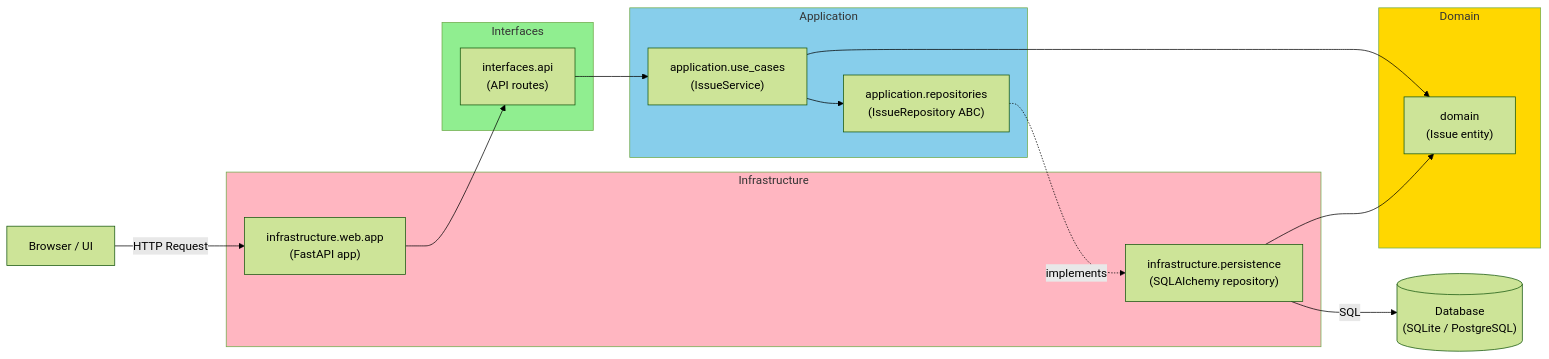
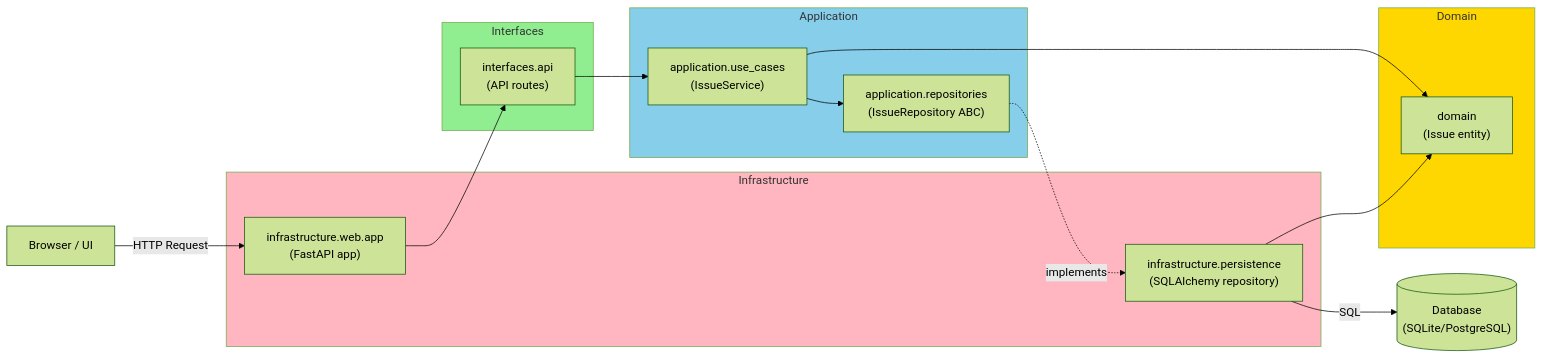
One commit to AIaSDev/BAIssue changed the second of 2 diagrams in README.md. Above: the diagram before and after it, drawn with Mermaid (forest theme).

Commit message:
Fix formatting: SQLite/PostgreSQL without spaces for consistency

````diff
--- a/README.md
+++ b/README.md
@@ -105,37 +105,37 @@
 ```mermaid
 graph LR
     Browser["Browser / UI"]
-    Database[("Database<br/>(SQLite / PostgreSQL)")]
+    Database[("Database<br/>(SQLite/PostgreSQL)")]
     
     subgraph Infrastructure
         web["infrastructure.web.app<br/>(FastAPI app)"]
         persistence["infrastructure.persistence<br/>(SQLAlchemy repository)"]
     end
     
     subgraph Interfaces
         api["interfaces.api<br/>(API routes)"]
     end
     
     subgraph Application
         use_cases["application.use_cases<br/>(IssueService)"]
         repo_interface["application.repositories<br/>(IssueRepository ABC)"]
     end
     
     subgraph Domain
         entities["domain<br/>(Issue entity)"]
     end
     
     Browser -->|HTTP Request| web
     web --> api
     api --> use_cases
     use_cases --> repo_interface
     repo_interface -.->|implements| persistence
     use_cases --> entities
     persistence --> entities
     persistence -->|SQL| Database
     
     style Domain fill:#ffd700
     style Application fill:#87ceeb
     style Interfaces fill:#90ee90
     style Infrastructure fill:#ffb6c1
 ```
````
